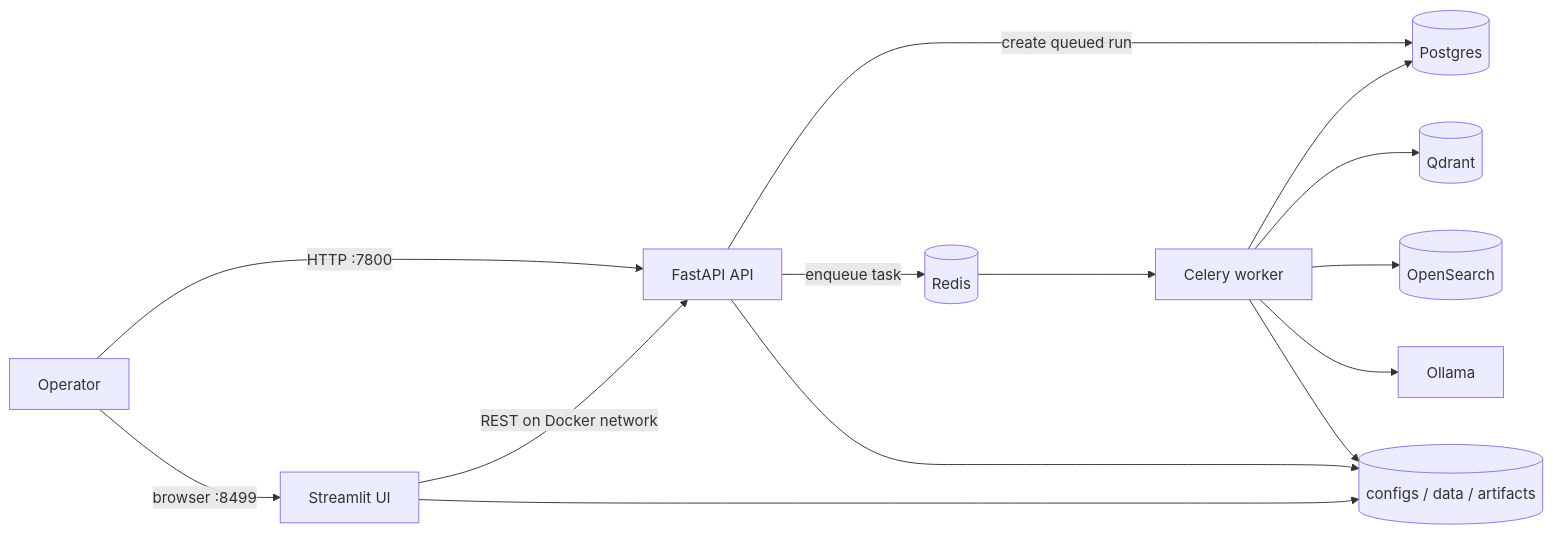
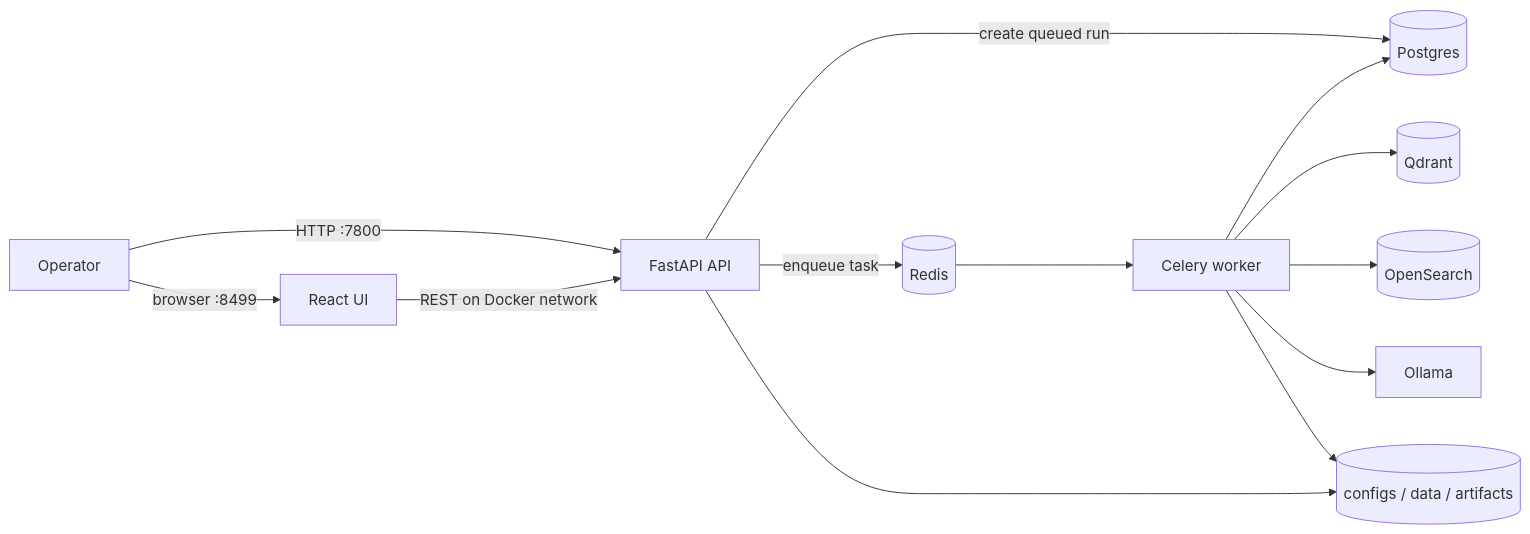
The first of 4 diagrams in docs/platform-flow.md (icpinto/RAG-benchmark), drawn with Mermaid before and after one commit. The commit also changed other lines of this file and 52 other files, not shown here.

````diff
--- a/docs/platform-flow.md
+++ b/docs/platform-flow.md
@@ -19,16 +19,15 @@
 ```mermaid
 flowchart LR
-    Operator[Operator] -->|browser :8499| UI[Streamlit UI]
+    Operator[Operator] -->|browser :8499| UI[React UI]
     Operator -->|HTTP :7800| API[FastAPI API]
     UI -->|REST on Docker network| API
     API -->|create queued run| PG[(Postgres)]
     API -->|enqueue task| Redis[(Redis)]
     Redis --> Worker[Celery worker]
     Worker --> PG
     Worker --> Qdrant[(Qdrant)]
     Worker --> OpenSearch[(OpenSearch)]
     Worker --> Ollama[Ollama]
     Worker --> Shared[(configs / data / artifacts)]
     API --> Shared
-    UI --> Shared
 ```
````
